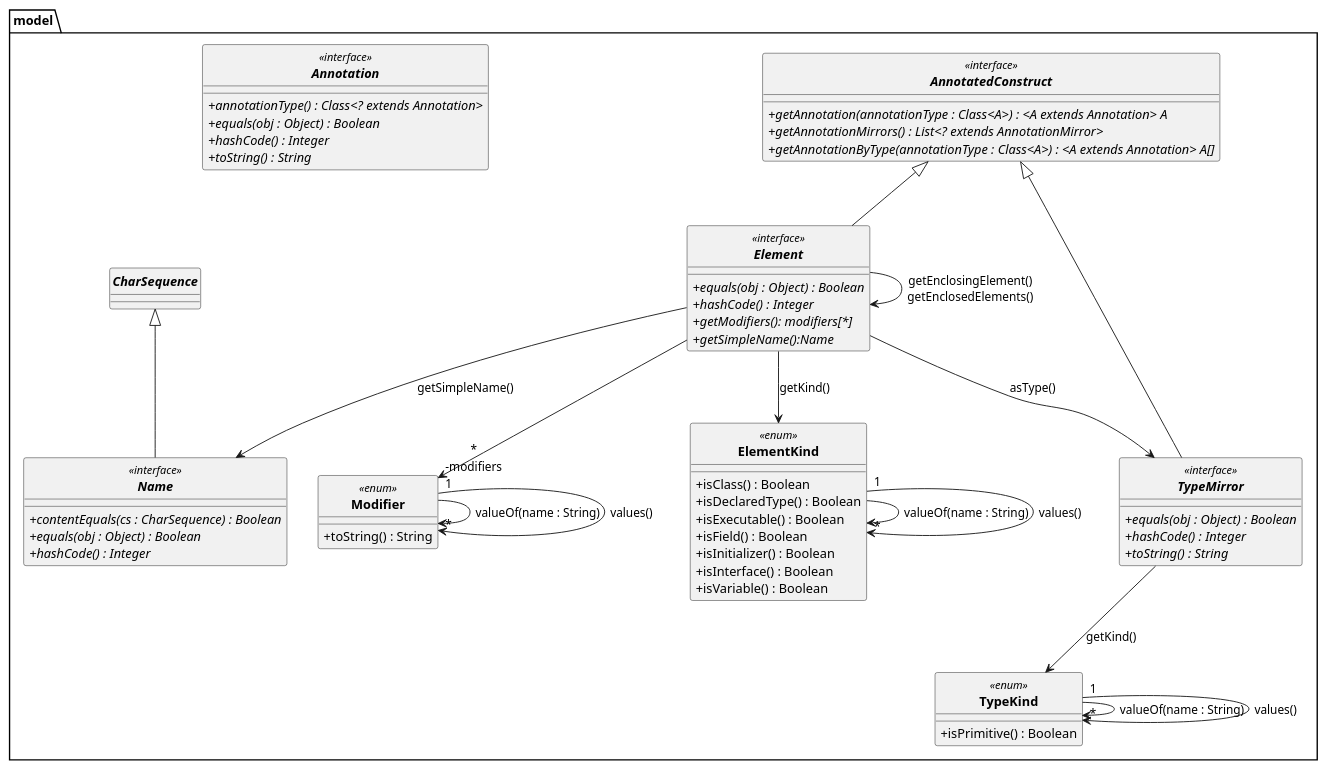
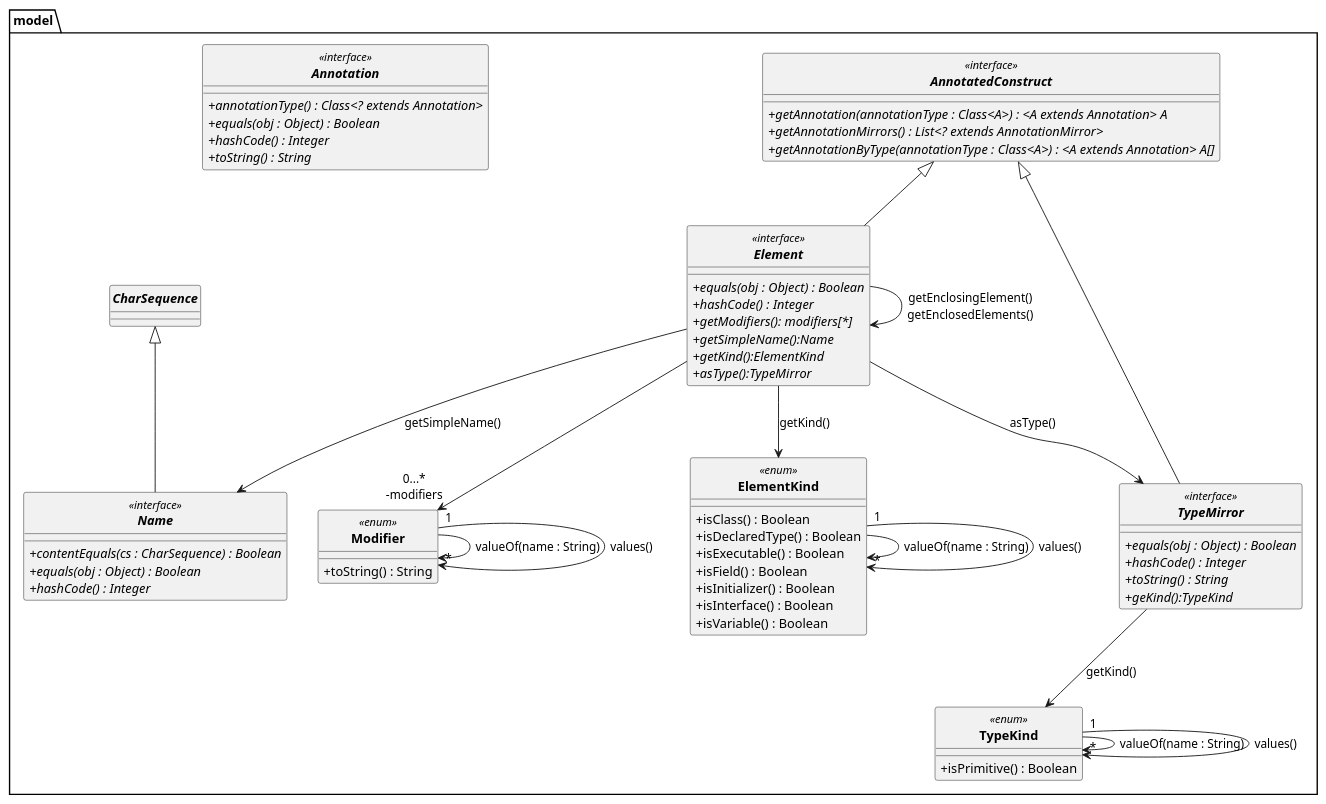
One commit to D3B1RUM4N/PumlFromJava changed the diagram in puml/DiagrammesAPI/DccApi.puml. Above: the diagram before and after it, drawn with PlantUML. The commit also changed 2 other files, not shown here.

```diff
--- a/puml/DiagrammesAPI/DccApi.puml
+++ b/puml/DiagrammesAPI/DccApi.puml
@@ -1,81 +1,84 @@
 @startuml
 'https://plantuml.com/sequence-diagram
 
 skinparam classAttributeIconSize 0
 skinparam classFontStyle Bold
 skinparam style strictuml
 
 package model{
     interface AnnotatedConstruct <<interface>>{
         'A - the annotation interface
         + {abstract}getAnnotation(annotationType : Class<A>) : <A extends Annotation> A
         + {abstract}getAnnotationMirrors() : List<? extends AnnotationMirror>
         + {abstract}getAnnotationByType(annotationType : Class<A>) : <A extends Annotation> A[]
         }
 
 
     interface Element <<interface>> extends AnnotatedConstruct{
         + {abstract}equals(obj : Object) : Boolean
         + {abstract}hashCode() : Integer
         + {abstract}getModifiers(): modifiers[*]
         +{abstract}getSimpleName():Name
+        +{abstract}getKind():ElementKind
+        +{abstract}asType():TypeMirror
 
     }
 
     interface Annotation <<interface>>{
         +{abstract}annotationType() : Class<? extends Annotation>
         + {abstract}equals(obj : Object) : Boolean
         + {abstract}hashCode() : Integer
         + {abstract}toString() : String
     }
 
     interface Name <<interface>> extends CharSequence{
         +{abstract}contentEquals(cs : CharSequence) : Boolean
         +{abstract}equals(obj : Object) : Boolean
         +{abstract}hashCode() : Integer
     }
 
     enum Modifier <<enum>>{
         +toString() : String
 
 
     }
 
     enum ElementKind <<enum>>{
         +isClass() : Boolean
         +isDeclaredType() : Boolean
         +isExecutable() : Boolean
         +isField() : Boolean
         +isInitializer() : Boolean
         +isInterface() : Boolean
         +isVariable() : Boolean
 
     }
 
     interface TypeMirror <<interface>> extends AnnotatedConstruct{
          + {abstract}equals(obj : Object) : Boolean
          + {abstract}hashCode() : Integer
          + {abstract}toString() : String
+         + {abstract}geKind():TypeKind
     }
 
     enum TypeKind <<enum>>{
         + isPrimitive() : Boolean
     }
 
 Element --> Element : getEnclosingElement()\ngetEnclosedElements()
 Element --> TypeMirror : asType()
-Element  --> "*\n-modifiers" Modifier
+Element  --> "0...*\n-modifiers" Modifier
 Element --> ElementKind : getKind()
 Element --> Name : getSimpleName()
 ElementKind --> ElementKind : valueOf(name : String)
 ElementKind "1" --> "*" ElementKind : values()
 TypeMirror --> TypeKind : getKind()
 TypeKind --> TypeKind : valueOf(name : String)
 TypeKind "1" --> "*" TypeKind : values()
 Modifier --> Modifier: valueOf(name : String)
 Modifier "1" --> "*" Modifier : values()
 
 
 
 }
 @enduml
```
